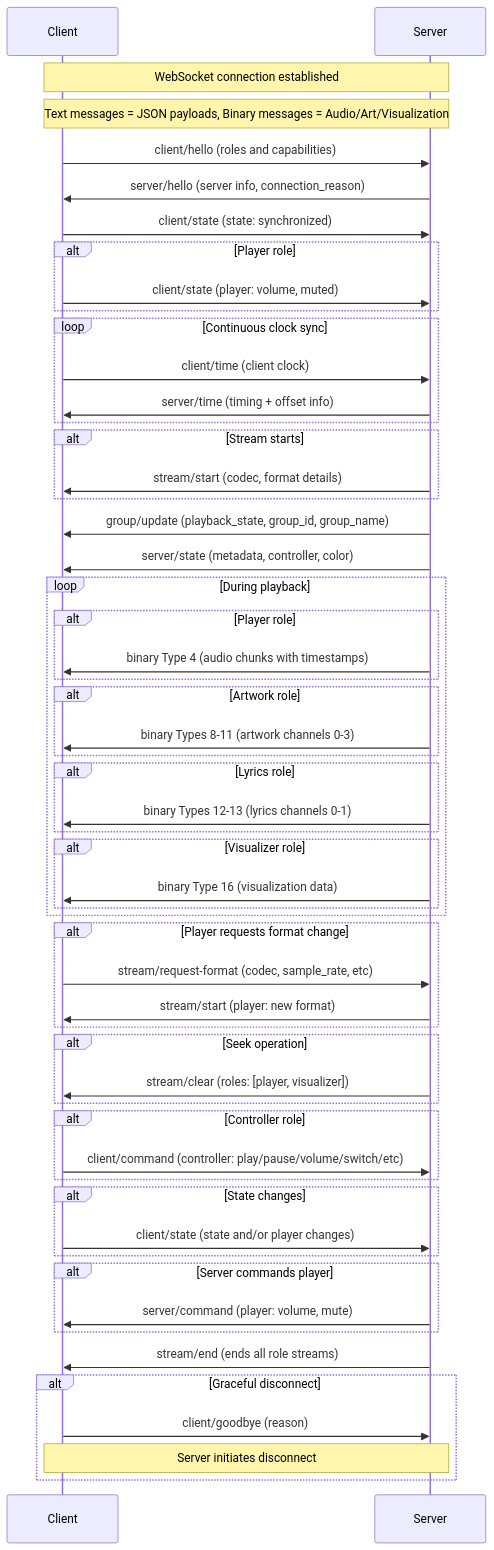
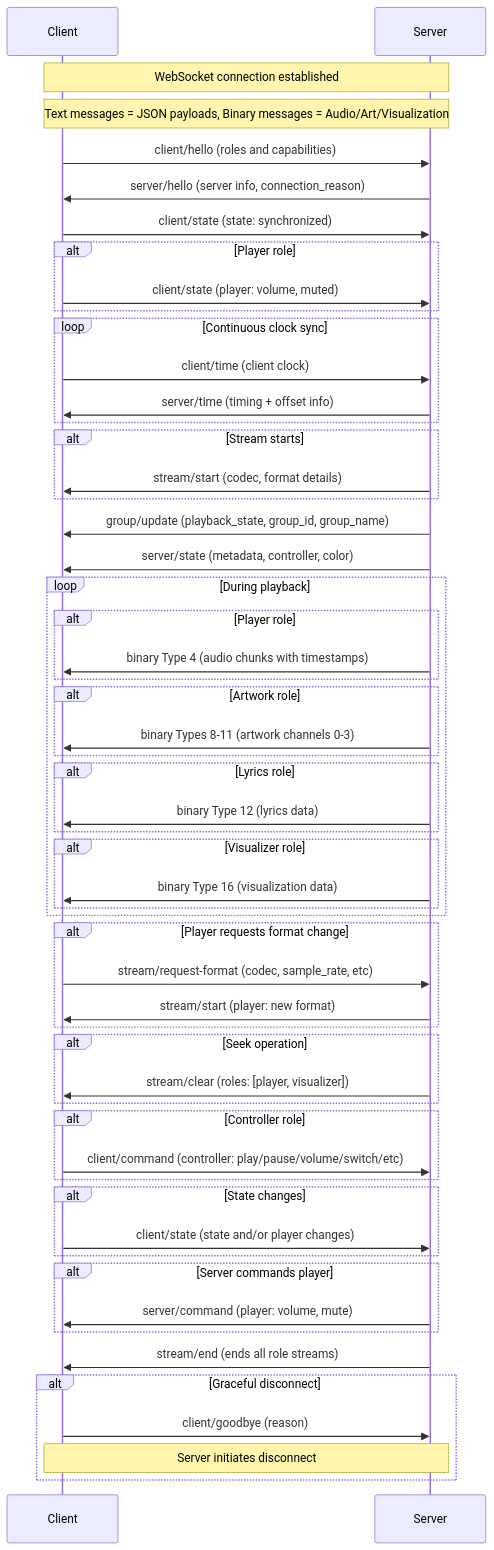
One commit to Resonate-Protocol/spec changed the diagram in README.md. Above: the diagram before and after it, drawn with Mermaid. The commit also changed other lines of this file, not shown here.

First line of the commit message:
refactor: simplify Lyrics role based on review feedback

````diff
--- a/README.md
+++ b/README.md
@@ -185,72 +185,72 @@
 ```mermaid
 sequenceDiagram
     participant Client
     participant Server
 
     Note over Client,Server: WebSocket connection established
 
     Note over Client,Server: Text messages = JSON payloads, Binary messages = Audio/Art/Visualization
 
     Client->>Server: client/hello (roles and capabilities)
     Server->>Client: server/hello (server info, connection_reason)
 
     Client->>Server: client/state (state: synchronized)
     alt Player role
         Client->>Server: client/state (player: volume, muted)
     end
 
     loop Continuous clock sync
         Client->>Server: client/time (client clock)
         Server->>Client: server/time (timing + offset info)
     end
 
     alt Stream starts
         Server->>Client: stream/start (codec, format details)
     end
 
     Server->>Client: group/update (playback_state, group_id, group_name)
     Server->>Client: server/state (metadata, controller, color)
 
     loop During playback
         alt Player role
             Server->>Client: binary Type 4 (audio chunks with timestamps)
         end
         alt Artwork role
             Server->>Client: binary Types 8-11 (artwork channels 0-3)
         end
         alt Lyrics role
-            Server->>Client: binary Types 12-13 (lyrics channels 0-1)
+            Server->>Client: binary Type 12 (lyrics data)
         end
         alt Visualizer role
             Server->>Client: binary Type 16 (visualization data)
         end
     end
 
     alt Player requests format change
         Client->>Server: stream/request-format (codec, sample_rate, etc)
         Server->>Client: stream/start (player: new format)
     end
 
     alt Seek operation
         Server->>Client: stream/clear (roles: [player, visualizer])
     end
 
     alt Controller role
         Client->>Server: client/command (controller: play/pause/volume/switch/etc)
     end
 
     alt State changes
         Client->>Server: client/state (state and/or player changes)
     end
 
     alt Server commands player
         Server->>Client: server/command (player: volume, mute)
     end
 
     Server->>Client: stream/end (ends all role streams)
 
     alt Graceful disconnect
         Client->>Server: client/goodbye (reason)
         Note over Client,Server: Server initiates disconnect
     end
 ```
````
